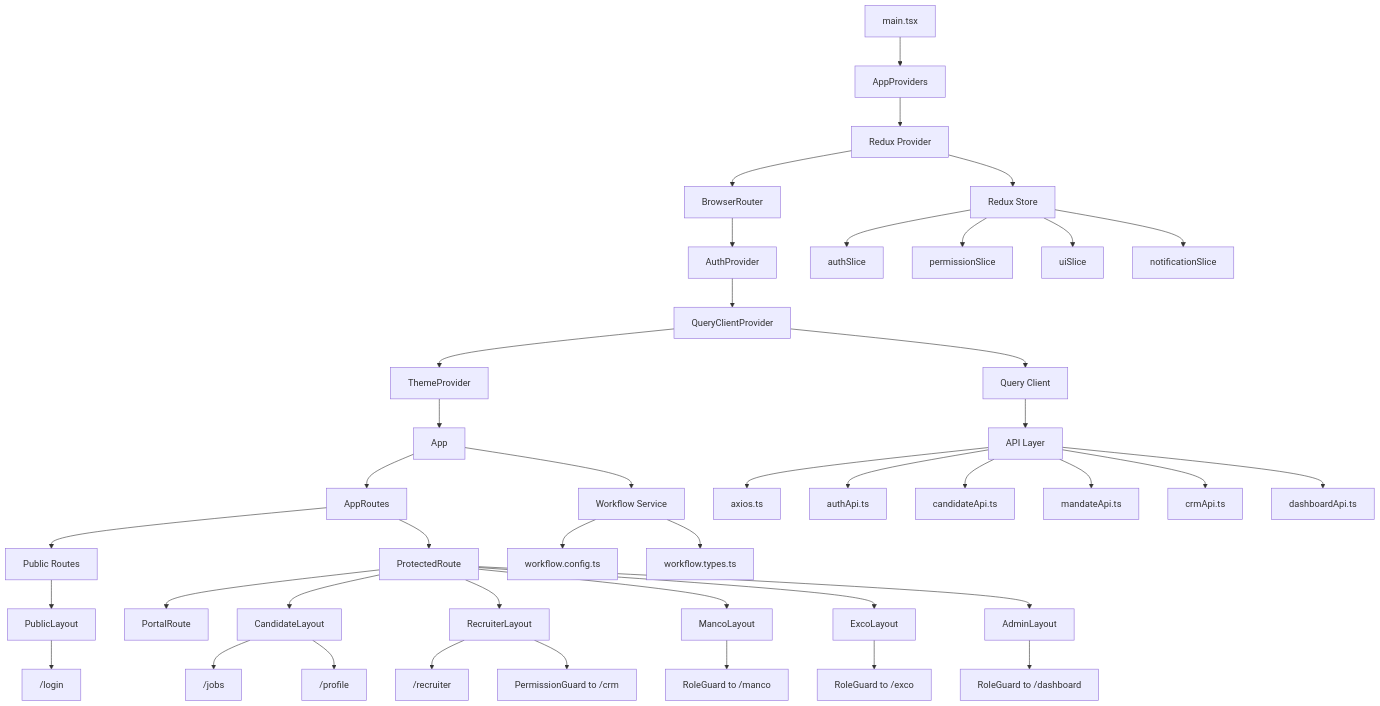
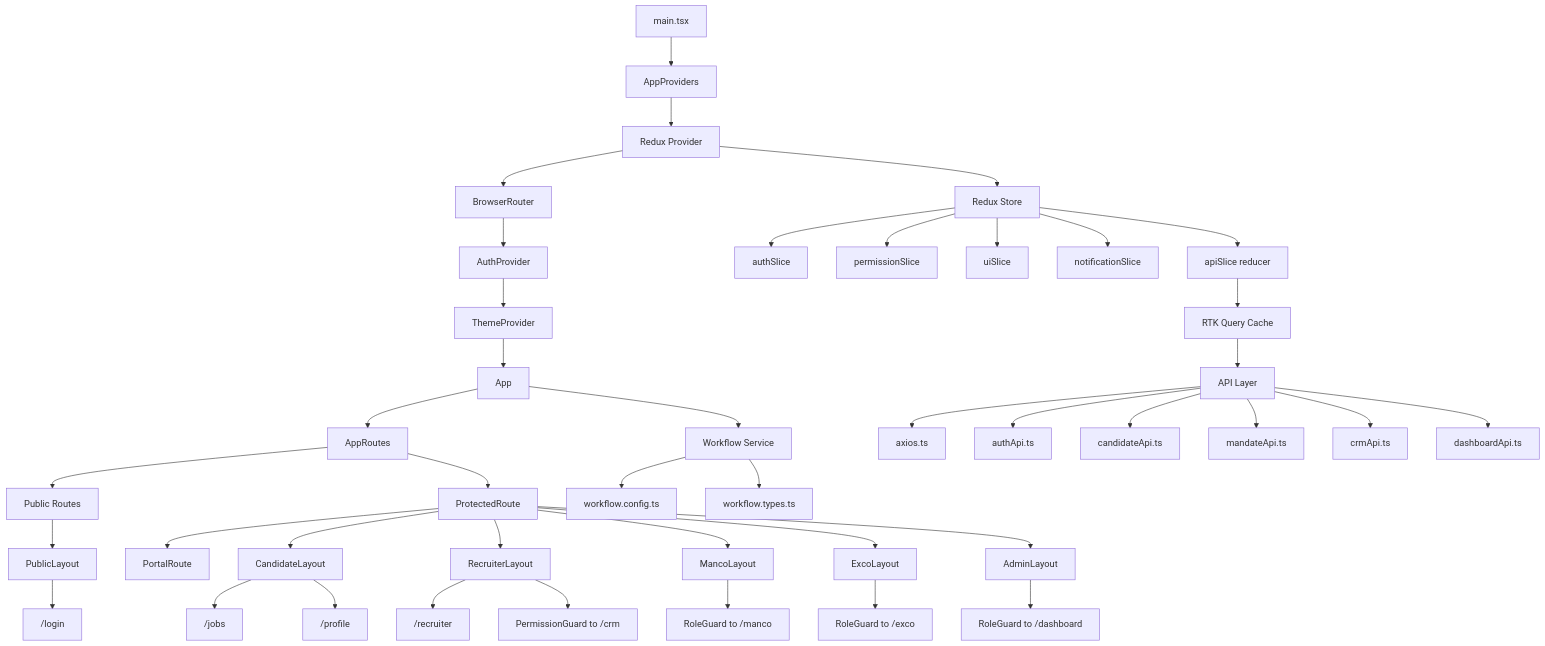
Before and after one commit to PiyalChatterjee/skills-mine-frontend: the diagram in README.md, drawn with Mermaid. The commit also changed other lines of this file and 18 other files, not shown here.

````diff
--- a/README.md
+++ b/README.md
@@ -120,51 +129,51 @@
 ```mermaid
 flowchart TD
     A[main.tsx] --> B[AppProviders]
     B --> B1[Redux Provider]
     B1 --> B2[BrowserRouter]
     B2 --> B3[AuthProvider]
-    B3 --> B4[QueryClientProvider]
-    B4 --> B5[ThemeProvider]
-    B5 --> C[App]
+    B3 --> B4[ThemeProvider]
+    B4 --> C[App]
     C --> D[AppRoutes]
 
     D --> E[Public Routes]
     D --> F[ProtectedRoute]
 
     E --> E1[PublicLayout]
     E1 --> E2["/login"]
 
     F --> G[PortalRoute]
     F --> H[CandidateLayout]
     F --> I[RecruiterLayout]
     F --> J[MancoLayout]
     F --> K[ExcoLayout]
     F --> L[AdminLayout]
 
     H --> H1["/jobs"]
     H --> H2["/profile"]
     I --> I1["/recruiter"]
     I --> I2["PermissionGuard to /crm"]
     J --> J1["RoleGuard to /manco"]
     K --> K1["RoleGuard to /exco"]
     L --> L1["RoleGuard to /dashboard"]
 
     B1 --> M[Redux Store]
     M --> M1[authSlice]
     M --> M2[permissionSlice]
     M --> M3[uiSlice]
     M --> M4[notificationSlice]
+    M --> M5[apiSlice reducer]
 
-    B4 --> N[Query Client]
+    M5 --> N[RTK Query Cache]
     N --> O[API Layer]
     O --> O1[axios.ts]
     O --> O2[authApi.ts]
     O --> O3[candidateApi.ts]
     O --> O4[mandateApi.ts]
     O --> O5[crmApi.ts]
     O --> O6[dashboardApi.ts]
 
     C --> P[Workflow Service]
     P --> P1[workflow.config.ts]
     P --> P2[workflow.types.ts]
 ```
````
